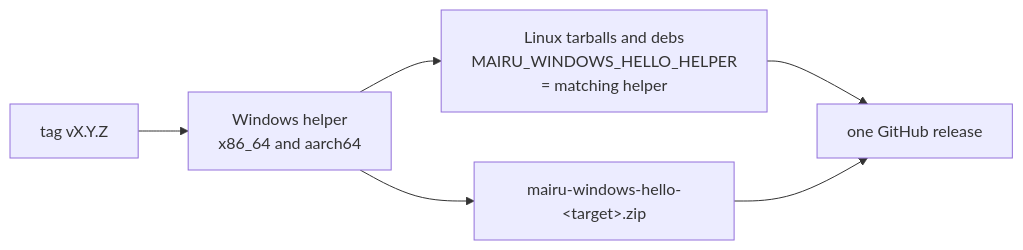
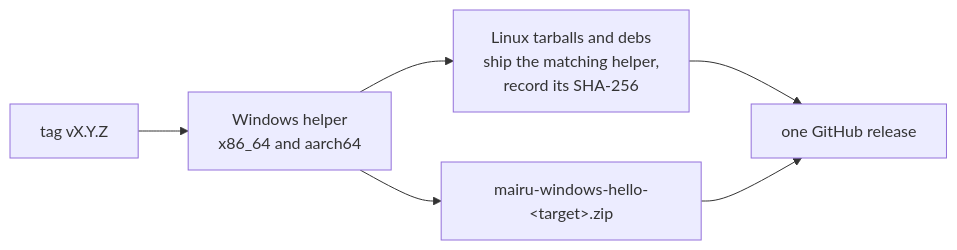
One commit to sorah/mairu changed the second of 2 diagrams in docs/specs/016-windows-hello.md. Above: the diagram before and after it, drawn with Mermaid. The commit also changed other lines of this file and 5 other files, not shown here.

````diff
--- a/docs/specs/016-windows-hello.md
+++ b/docs/specs/016-windows-hello.md
@@ -272,8 +270,8 @@
 ```mermaid
 flowchart LR
   T["tag vX.Y.Z"] --> W["Windows helper<br/>x86_64 and aarch64"]
-  W --> L["Linux tarballs and debs<br/>MAIRU_WINDOWS_HELLO_HELPER<br/>= matching helper"]
+  W --> L["Linux tarballs and debs<br/>ship the matching helper,<br/>record its SHA-256"]
   W --> Z["mairu-windows-hello-#lt;target#gt;.zip"]
   L --> R["one GitHub release"]
   Z --> R
 ```
````
